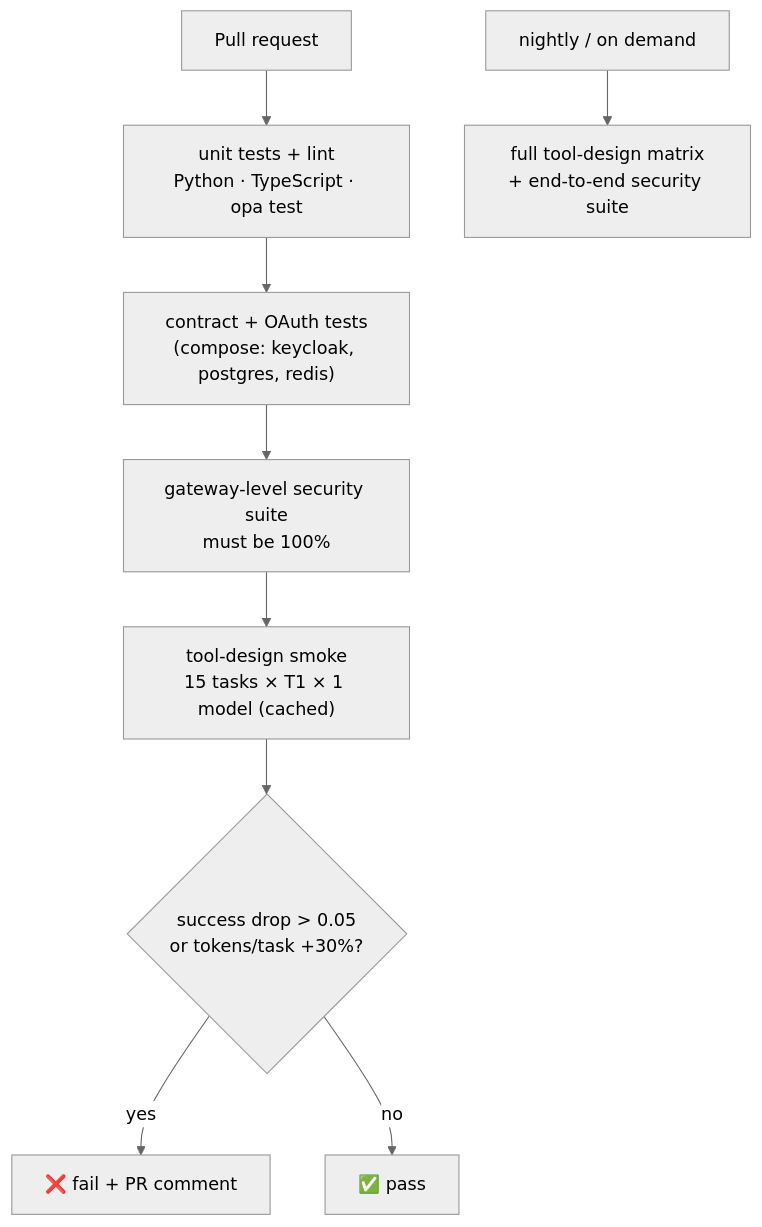
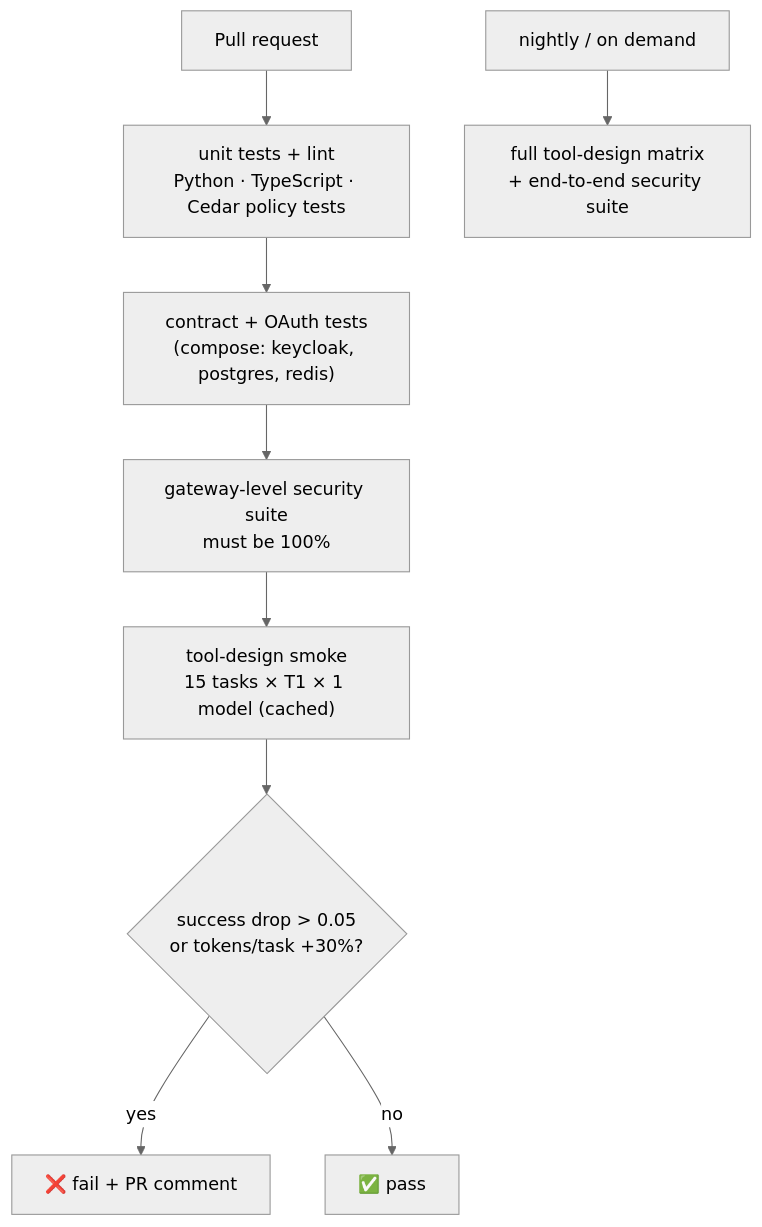
Before and after one commit to pRiMeXoMeGa/AI-Learning-Projects: the second of 2 diagrams in projects/02-mcp-hub/docs/04-evaluation-design.md, drawn with Mermaid (neutral theme). The commit also changed other lines of this file and 31 other files, not shown here.

````diff
--- a/projects/02-mcp-hub/docs/04-evaluation-design.md
+++ b/projects/02-mcp-hub/docs/04-evaluation-design.md
@@ -170,11 +173,11 @@
 ```mermaid
 flowchart TB
-    PR[Pull request] --> U["unit tests + lint<br/>Python · TypeScript · opa test"]
+    PR[Pull request] --> U["unit tests + lint<br/>Python · TypeScript · Cedar policy tests"]
     U --> CT["contract + OAuth tests<br/>(compose: keycloak, postgres, redis)"]
     CT --> SEC["gateway-level security suite<br/>must be 100%"]
     SEC --> SMK["tool-design smoke<br/>15 tasks × T1 × 1 model (cached)"]
     SMK --> G{"success drop > 0.05<br/>or tokens/task +30%?"}
     G -->|yes| FAIL["❌ fail + PR comment"]
     G -->|no| PASS["✅ pass"]
     NIGHT[nightly / on demand] --> FULL["full tool-design matrix<br/>+ end-to-end security suite"]
 ```
````
